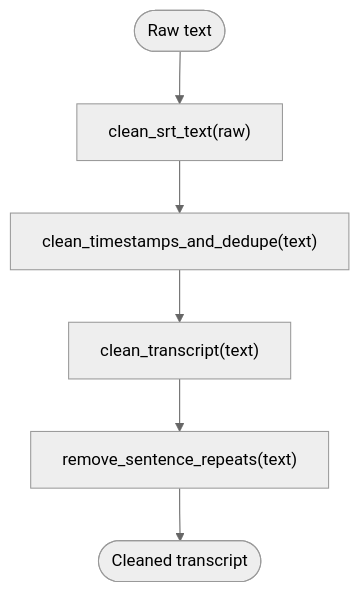
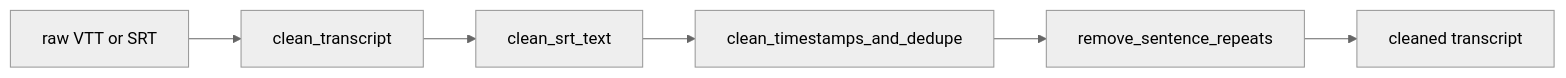
Before and after one commit to tashifkhan/tashif.codes: the fourth of 6 diagrams in src/data/docs/agentic-browser/Data Models and Schemas/YouTube Data Models.md, drawn with Mermaid (neutral theme). The commit also changed other lines of this file and 114 other files, not shown here.

````diff
--- a/src/data/docs/agentic-browser/Data Models and Schemas/YouTube Data Models.md
+++ b/src/data/docs/agentic-browser/Data Models and Schemas/YouTube Data Models.md
@@ -217,8 +156,8 @@
 ```mermaid
-flowchart TD
-Raw(["Raw text"]) --> SRT["clean_srt_text(raw)"]
-SRT --> TS["clean_timestamps_and_dedupe(text)"]
-TS --> Clean["clean_transcript(text)"]
-Clean --> Dup["remove_sentence_repeats(text)"]
-Dup --> Out(["Cleaned transcript"])
+flowchart LR
+  A["raw VTT or SRT"] --> B["clean_transcript"]
+  B --> C["clean_srt_text"]
+  C --> D["clean_timestamps_and_dedupe"]
+  D --> E["remove_sentence_repeats"]
+  E --> F["cleaned transcript"]
 ```
````
